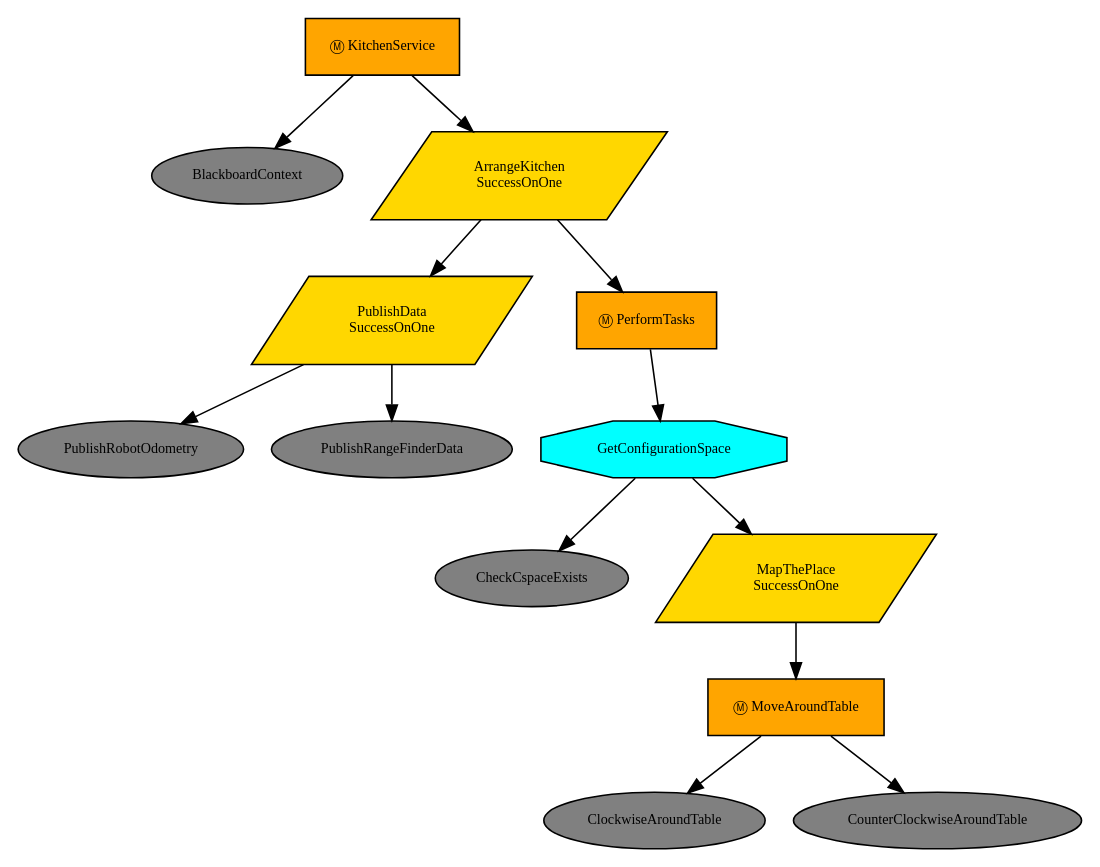
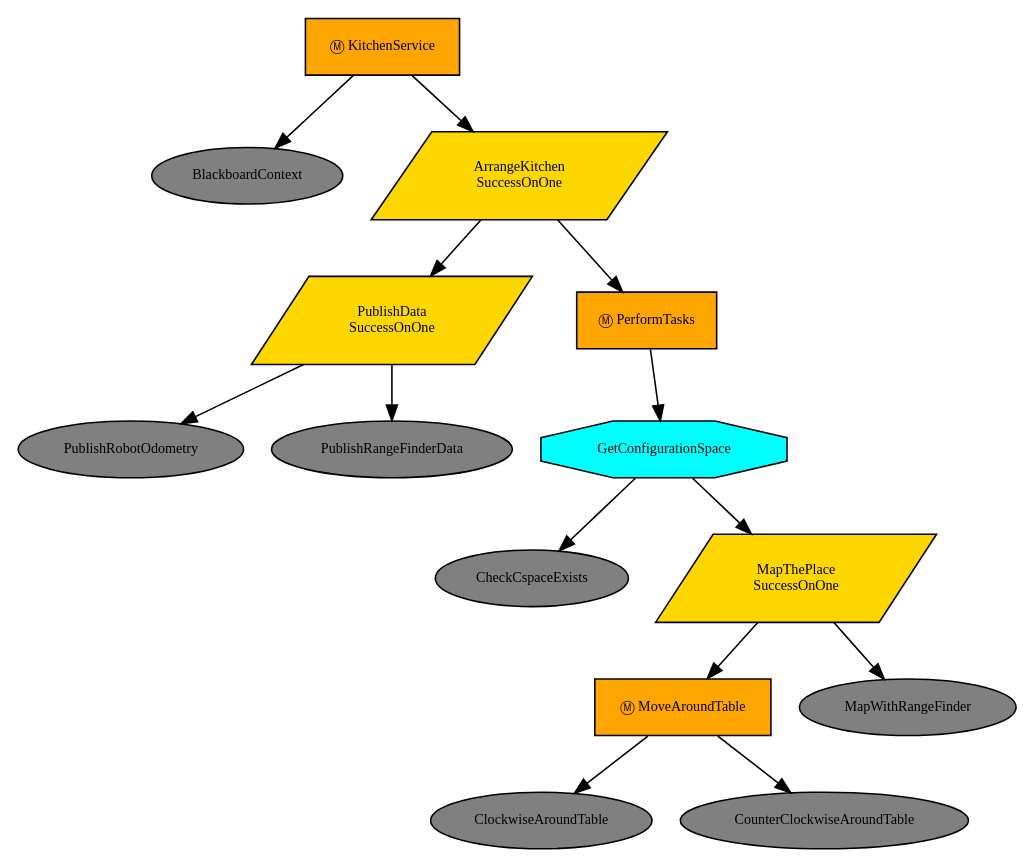
One commit to Jibrangit/robot_in_kitchen changed the diagram in controllers/kitchen_service/kitchenservice.dot. Above: the diagram before and after it, drawn with Graphviz. The commit also changed 7 other files, not shown here.

Commit message:
Mapping works in new architecture. But still slow.

```diff
--- a/controllers/kitchen_service/kitchenservice.dot
+++ b/controllers/kitchen_service/kitchenservice.dot
@@ -1,31 +1,33 @@
 digraph pastafarianism {
 ordering=out;
 graph [fontname="times-roman"];
 node [fontname="times-roman"];
 edge [fontname="times-roman"];
 KitchenService [fillcolor=orange, fontcolor=black, fontsize=9, label="Ⓜ KitchenService", shape=box, style=filled];
 BlackboardContext [fillcolor=gray, fontcolor=black, fontsize=9, label=BlackboardContext, shape=ellipse, style=filled];
 KitchenService -> BlackboardContext;
 ArrangeKitchen [fillcolor=gold, fontcolor=black, fontsize=9, label="ArrangeKitchen\nSuccessOnOne", shape=parallelogram, style=filled];
 KitchenService -> ArrangeKitchen;
 PublishData [fillcolor=gold, fontcolor=black, fontsize=9, label="PublishData\nSuccessOnOne", shape=parallelogram, style=filled];
 ArrangeKitchen -> PublishData;
 PublishRobotOdometry [fillcolor=gray, fontcolor=black, fontsize=9, label=PublishRobotOdometry, shape=ellipse, style=filled];
 PublishData -> PublishRobotOdometry;
 PublishRangeFinderData [fillcolor=gray, fontcolor=black, fontsize=9, label=PublishRangeFinderData, shape=ellipse, style=filled];
 PublishData -> PublishRangeFinderData;
 PerformTasks [fillcolor=orange, fontcolor=black, fontsize=9, label="Ⓜ PerformTasks", shape=box, style=filled];
 ArrangeKitchen -> PerformTasks;
 GetConfigurationSpace [fillcolor=cyan, fontcolor=black, fontsize=9, label=GetConfigurationSpace, shape=octagon, style=filled];
 PerformTasks -> GetConfigurationSpace;
 CheckCspaceExists [fillcolor=gray, fontcolor=black, fontsize=9, label=CheckCspaceExists, shape=ellipse, style=filled];
 GetConfigurationSpace -> CheckCspaceExists;
 MapThePlace [fillcolor=gold, fontcolor=black, fontsize=9, label="MapThePlace\nSuccessOnOne", shape=parallelogram, style=filled];
 GetConfigurationSpace -> MapThePlace;
 MoveAroundTable [fillcolor=orange, fontcolor=black, fontsize=9, label="Ⓜ MoveAroundTable", shape=box, style=filled];
 MapThePlace -> MoveAroundTable;
 ClockwiseAroundTable [fillcolor=gray, fontcolor=black, fontsize=9, label=ClockwiseAroundTable, shape=ellipse, style=filled];
 MoveAroundTable -> ClockwiseAroundTable;
 CounterClockwiseAroundTable [fillcolor=gray, fontcolor=black, fontsize=9, label=CounterClockwiseAroundTable, shape=ellipse, style=filled];
 MoveAroundTable -> CounterClockwiseAroundTable;
+MapWithRangeFinder [fillcolor=gray, fontcolor=black, fontsize=9, label=MapWithRangeFinder, shape=ellipse, style=filled];
+MapThePlace -> MapWithRangeFinder;
 }
```
